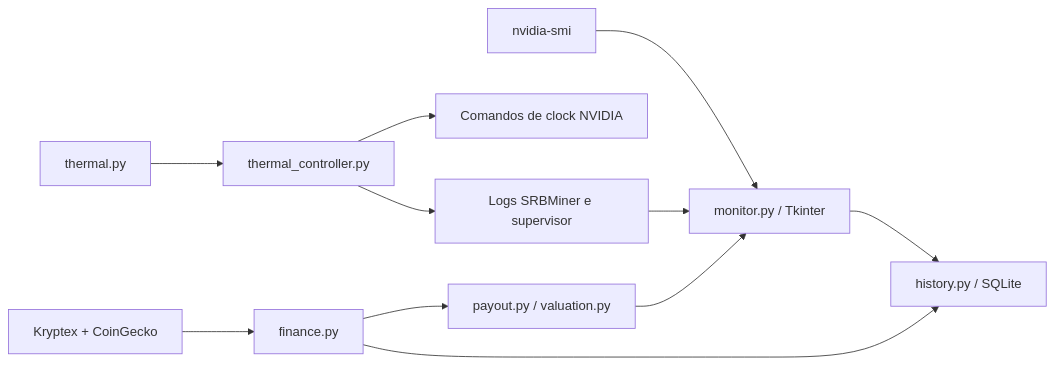
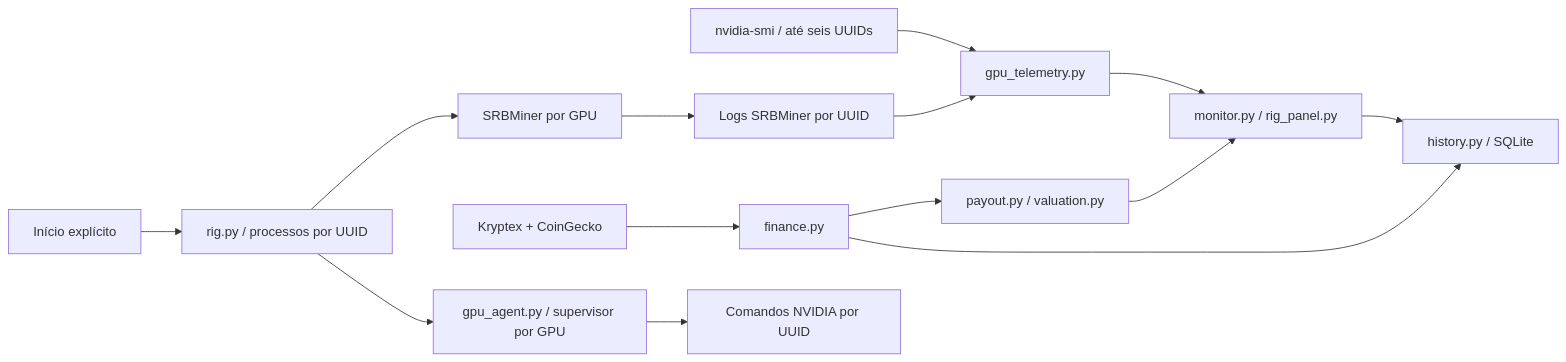
Before and after one commit to TechFernandesLTDA/hashpilot: the diagram in docs/architecture.md, drawn with Mermaid. The commit also changed other lines of this file and 40 other files, not shown here.

Commit message:
feat: support six independent NVIDIA GPUs with persistent rig telemetry

````diff
--- a/docs/architecture.md
+++ b/docs/architecture.md
@@ -5,13 +5,16 @@
 ```mermaid
 flowchart LR
-  NVIDIA[nvidia-smi] --> UI[monitor.py / Tkinter]
-  Logs[Logs SRBMiner e supervisor] --> UI
+  NVIDIA[nvidia-smi / até seis UUIDs] --> Telemetry[gpu_telemetry.py]
+  Logs[Logs SRBMiner por UUID] --> Telemetry
+  Telemetry --> UI[monitor.py / rig_panel.py]
   API[Kryptex + CoinGecko] --> Finance[finance.py]
   Finance --> Payout[payout.py / valuation.py]
   Payout --> UI
   UI --> History[history.py / SQLite]
   Finance --> History
-  Policy[thermal.py] --> Controller[thermal_controller.py]
-  Controller --> GPU[Comandos de clock NVIDIA]
-  Controller --> Logs
+  Start[Início explícito] --> Rig[rig.py / processos por UUID]
+  Rig --> Miner[SRBMiner por GPU]
+  Rig --> Controller[gpu_agent.py / supervisor por GPU]
+  Controller --> GPU[Comandos NVIDIA por UUID]
+  Miner --> Logs
 ```
````
